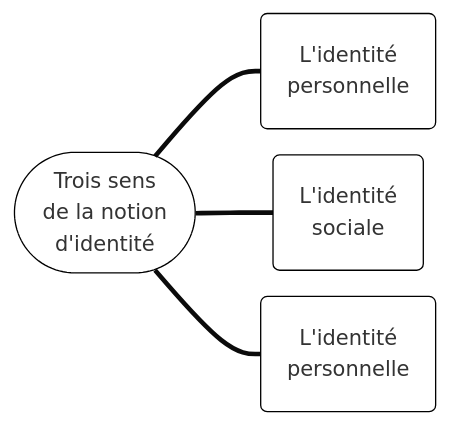
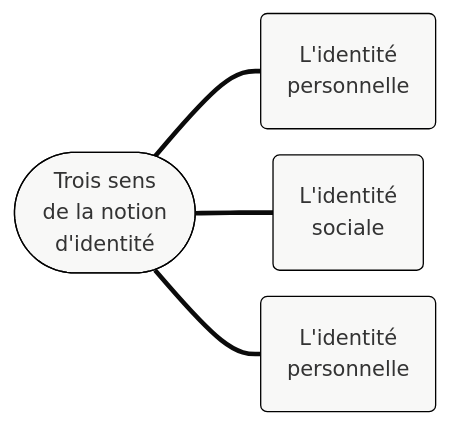
Before and after one commit to eyssette/cours: the first of 2 diagrams in 1hlp22/src/s1-ch1.md, drawn with Mermaid. The commit also changed other lines of this file and 4 other files, not shown here.

````diff
--- a/1hlp22/src/s1-ch1.md
+++ b/1hlp22/src/s1-ch1.md
@@ -7,11 +7,11 @@
 ```mermaid
-%%{init{"theme":"base","themeCSS":"* {line-height:1.25em!important; font-size:20px; text-align:left!important;} g[id*=\"A\"] span {font-size:1.01em; color:white; display:block; text-align:center!important} g[id*=\"A\"] rect {fill:black}  g[id*=\"V\"] * {} g[id*=\"B\"] span {font-size:0.9em; color:white; display:block; text-align:center!important} g[id*=\"B\"] rect {fill:#6f0000; stroke:transparent} g[id*=\"C\"] span {font-size:0.8em} .edge-thickness-normal{stroke-width:1px; stroke:#999;} .edge-thickness-thick{stroke-width:1px!important} .edge-pattern-dotted{stroke:transparent}","themeVariables":{"secondaryColor":"transparent","primaryColor":"transparent","primaryBorderColor":"black"},"flowchart":{"htmlLabels":true,"padding":20,"rankSpacing":50,"nodeSpacing":20}} }%%
+%%{init{"theme":"base","themeCSS":"* {line-height:1.25em!important; font-size:20px; text-align:left!important;} g[id*=\"A\"] span {font-size:1.01em; color:white; display:block; text-align:center!important} g[id*=\"A\"] rect {fill:black}  g[id*=\"V\"] * {} g[id*=\"B\"] span {font-size:0.9em; color:white; display:block; text-align:center!important} g[id*=\"B\"] rect {fill:#6f0000; stroke:transparent} g[id*=\"C\"] rect {fill:white; stroke:grey} g[id*=\"C\"] span {font-size:0.75em; display:block;} g[id*=\"D\"] span, g[id*=\"E\"] span {font-size:0.7em; display:block;} g[id*=\"D\"] rect, g[id*=\"E\"] rect {stroke:transparent!important}.edge-thickness-normal{stroke-width:1px; stroke:#999;} .edge-thickness-thick{stroke-width:1px!important;} .edge-pattern-dotted{stroke:transparent}","themeVariables":{"secondaryColor":"white","primaryColor":"hsl(60,9%,97%)","primaryBorderColor":"black"},"flowchart":{"htmlLabels":true,"padding":20,"rankSpacing":50,"nodeSpacing":20}} }%%
 flowchart LR
 A1(["Trois sens  <br>de la notion <br> d'identité"])
 
 B1("L'identité <br>personnelle")
 B2("L'identité <br>sociale")
 B3("L'identité <br>personnelle")
 
 A1 === B1 & B2 & B3
 ```
````
